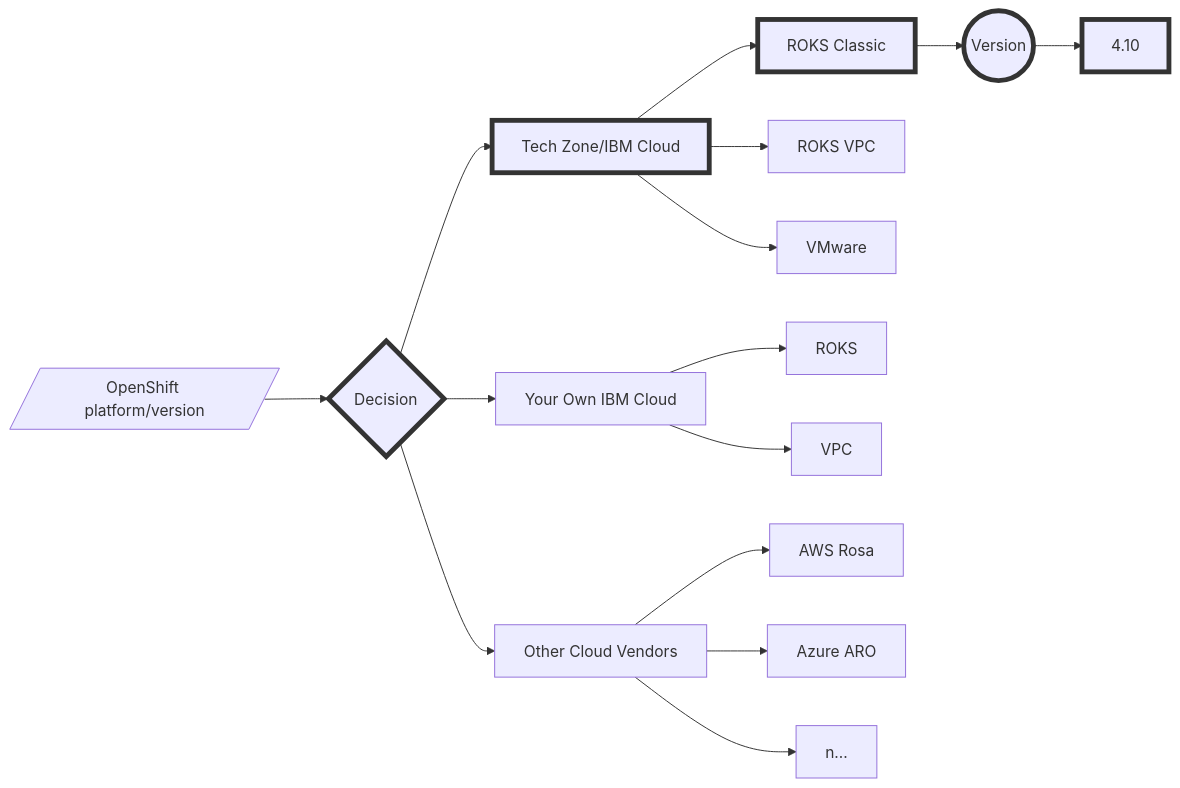
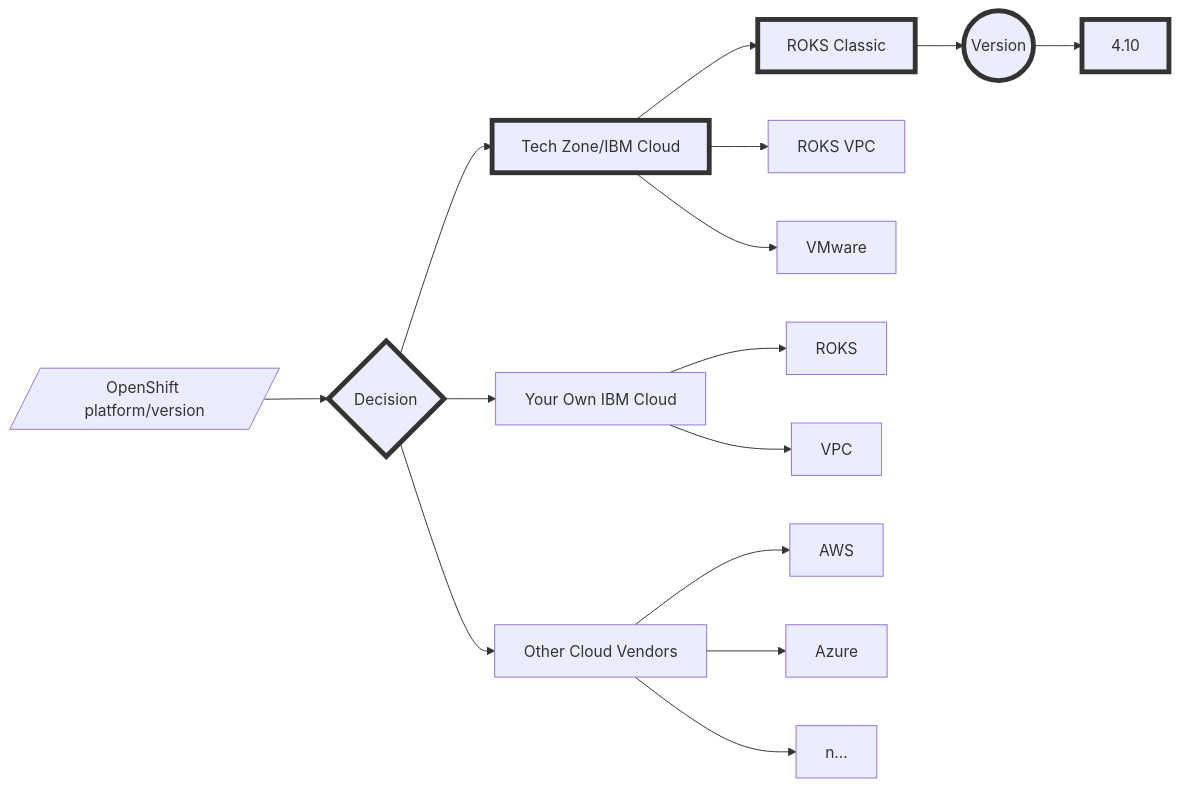
The first of 4 diagrams in IBM_Tririga_Application_Suite_11_3_ROKS.md (IBM/my-tas-cookbook), drawn with Mermaid before and after one commit. The commit also changed other lines of this file, not shown here.

````diff
--- a/IBM_Tririga_Application_Suite_11_3_ROKS.md
+++ b/IBM_Tririga_Application_Suite_11_3_ROKS.md
@@ -81,19 +83,19 @@
 ```mermaid
 flowchart LR
     id1[/OpenShift platform/version/] --> B{Decision}
     B --> C[Tech Zone/IBM Cloud] --> D[ROKS Classic] --> E((Version)) --> F[4.10]
     C --> G[ROKS VPC]
     C --> H[VMware]
     B --> I[Your Own IBM Cloud]
     I --> J[ROKS]
     I --> K[VPC]
     B --> L[Other Cloud Vendors]
-    L --> M[AWS Rosa]
-    L --> N[Azure ARO]
+    L --> M[AWS]
+    L --> N[Azure]
     L --> O[n...]
     style B stroke:#333,stroke-width:5px
     style E stroke:#333,stroke-width:5px
     style C stroke:#333,stroke-width:5px
     style D stroke:#333,stroke-width:5px
     style F stroke:#333,stroke-width:5px
 ```
````
